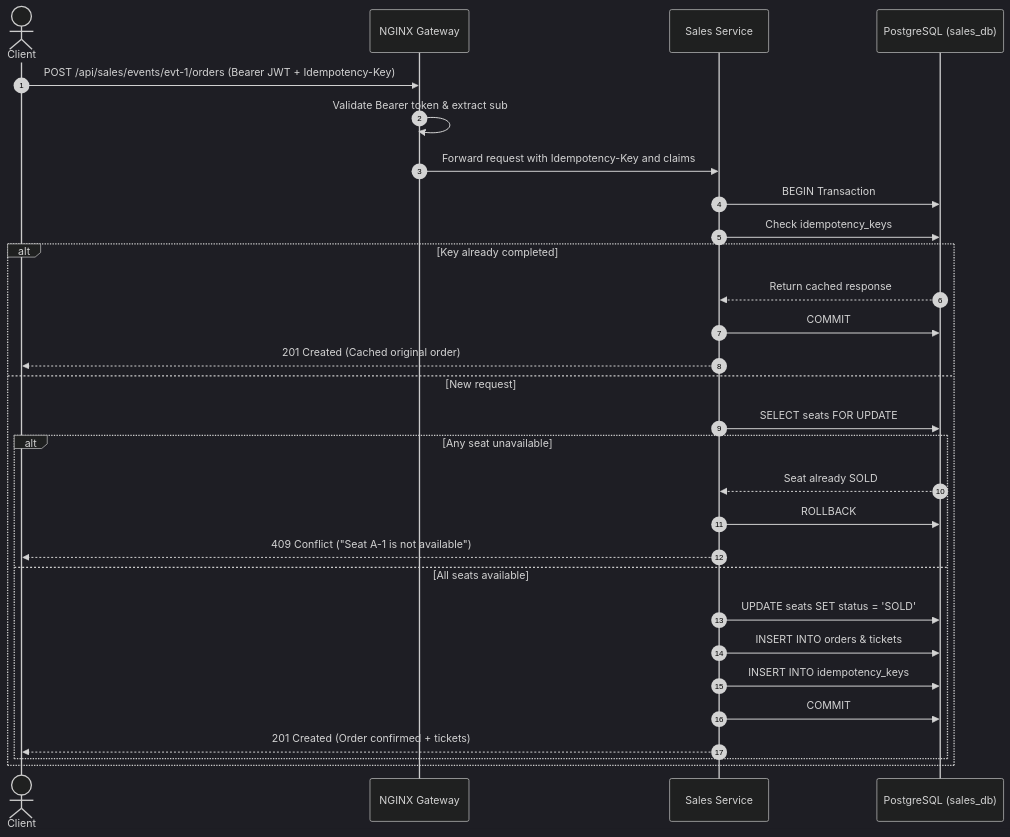
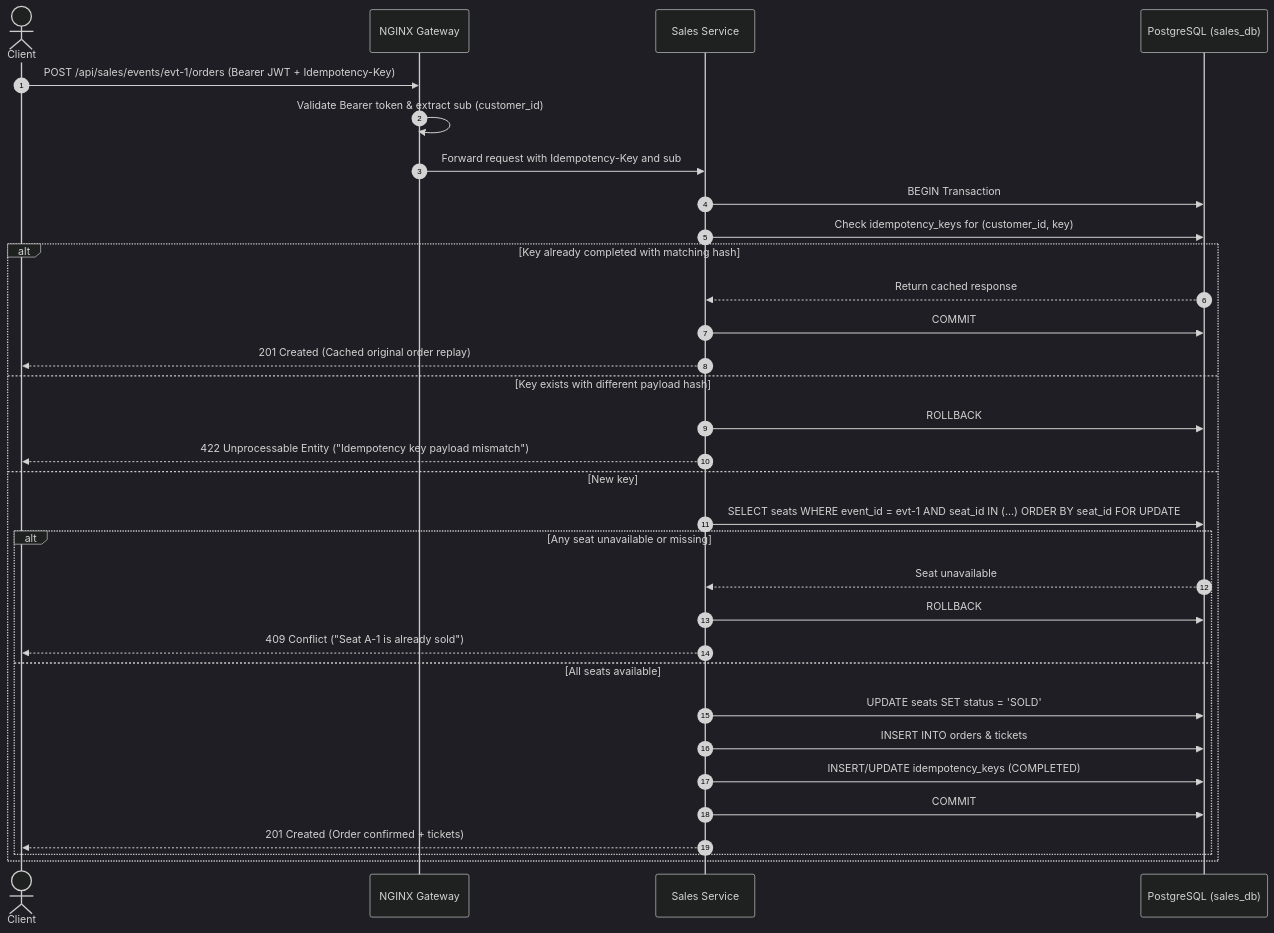
One commit to ticketera-topicos2-2026/ticketera changed the diagram in openspec/changes/e1-idempotent-purchase/design.md. Above: the diagram before and after it, drawn with Mermaid (dark theme). The commit also changed other lines of this file and 5 other files, not shown here.

````diff
--- a/openspec/changes/e1-idempotent-purchase/design.md
+++ b/openspec/changes/e1-idempotent-purchase/design.md
@@ -202,32 +235,35 @@
 ```mermaid
 sequenceDiagram
     autonumber
     actor Client
     participant Gateway as NGINX Gateway
     participant Sales as Sales Service
     participant DB as PostgreSQL (sales_db)
 
     Client->>Gateway: POST /api/sales/events/evt-1/orders (Bearer JWT + Idempotency-Key)
-    Gateway->>Gateway: Validate Bearer token & extract sub
-    Gateway->>Sales: Forward request with Idempotency-Key and claims
+    Gateway->>Gateway: Validate Bearer token & extract sub (customer_id)
+    Gateway->>Sales: Forward request with Idempotency-Key and sub
     Sales->>DB: BEGIN Transaction
-    Sales->>DB: Check idempotency_keys
-    alt Key already completed
+    Sales->>DB: Check idempotency_keys for (customer_id, key)
+    alt Key already completed with matching hash
         DB-->>Sales: Return cached response
         Sales->>DB: COMMIT
-        Sales-->>Client: 201 Created (Cached original order)
-    else New request
-        Sales->>DB: SELECT seats FOR UPDATE
-        alt Any seat unavailable
-            DB-->>Sales: Seat already SOLD
+        Sales-->>Client: 201 Created (Cached original order replay)
+    else Key exists with different payload hash
+        Sales->>DB: ROLLBACK
+        Sales-->>Client: 422 Unprocessable Entity ("Idempotency key payload mismatch")
+    else New key
+        Sales->>DB: SELECT seats WHERE event_id = evt-1 AND seat_id IN (...) ORDER BY seat_id FOR UPDATE
+        alt Any seat unavailable or missing
+            DB-->>Sales: Seat unavailable
             Sales->>DB: ROLLBACK
-            Sales-->>Client: 409 Conflict ("Seat A-1 is not available")
+            Sales-->>Client: 409 Conflict ("Seat A-1 is already sold")
         else All seats available
             Sales->>DB: UPDATE seats SET status = 'SOLD'
             Sales->>DB: INSERT INTO orders & tickets
-            Sales->>DB: INSERT INTO idempotency_keys
+            Sales->>DB: INSERT/UPDATE idempotency_keys (COMPLETED)
             Sales->>DB: COMMIT
             Sales-->>Client: 201 Created (Order confirmed + tickets)
         end
     end
 ```
````
